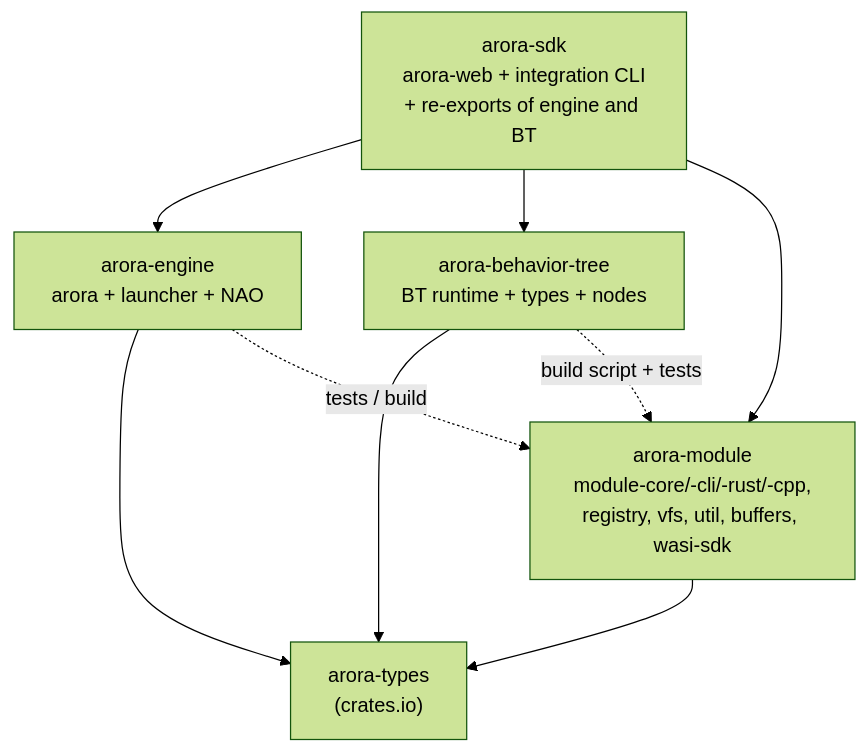
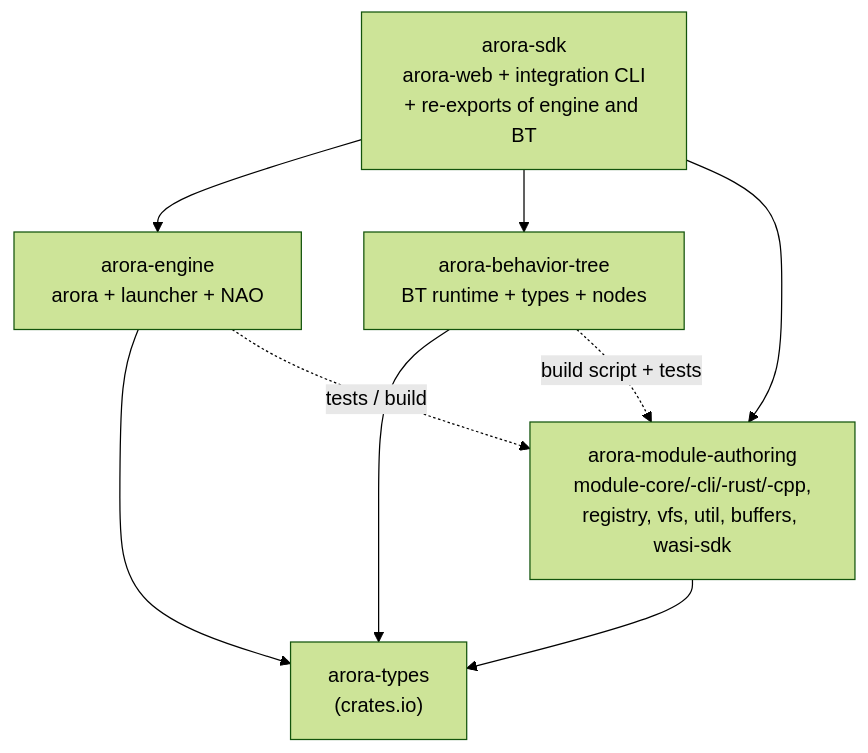
Before and after one commit to semio-ai/arora-sdk: the first of 6 diagrams in docs/proposal-split-arora-repos.md, drawn with Mermaid (forest theme). The commit also changed other lines of this file and 2 other files, not shown here.

First line of the commit message:
docs: address PR 72 review — rename arora-module repo, define arora-web

````diff
--- a/docs/proposal-split-arora-repos.md
+++ b/docs/proposal-split-arora-repos.md
@@ -156,17 +166,17 @@
 ```mermaid
 graph TD
     types["arora-types<br/>(crates.io)"]
-    module["arora-module<br/>module-core/-cli/-rust/-cpp,<br/>registry, vfs, util, buffers, wasi-sdk"]
+    module["arora-module-authoring<br/>module-core/-cli/-rust/-cpp,<br/>registry, vfs, util, buffers, wasi-sdk"]
     engine["arora-engine<br/>arora + launcher + NAO"]
     bt["arora-behavior-tree<br/>BT runtime + types + nodes"]
     sdk["arora-sdk<br/>arora-web + integration CLI<br/>+ re-exports of engine and BT"]
 
     module --> types
     engine --> types
     engine -.->|tests / build| module
     bt --> types
     bt -.->|build script + tests| module
     sdk --> engine
     sdk --> bt
     sdk --> module
 ```
````
